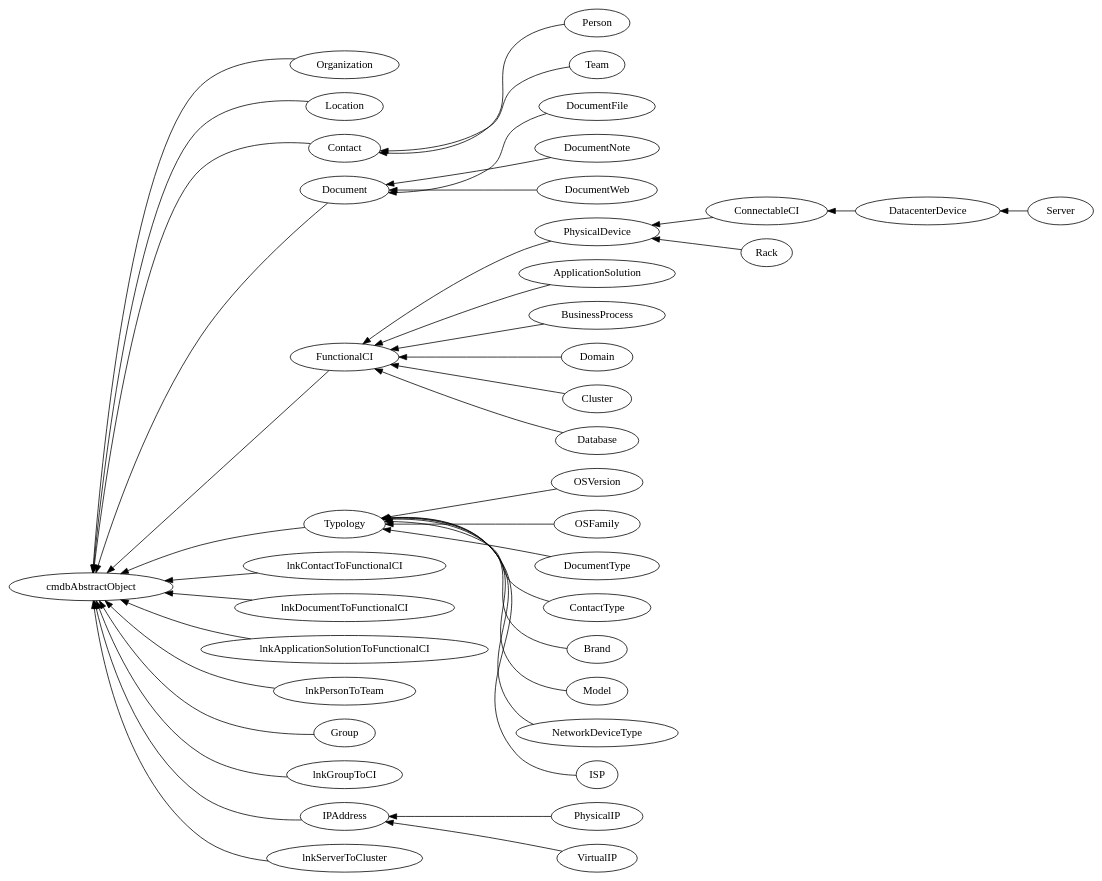
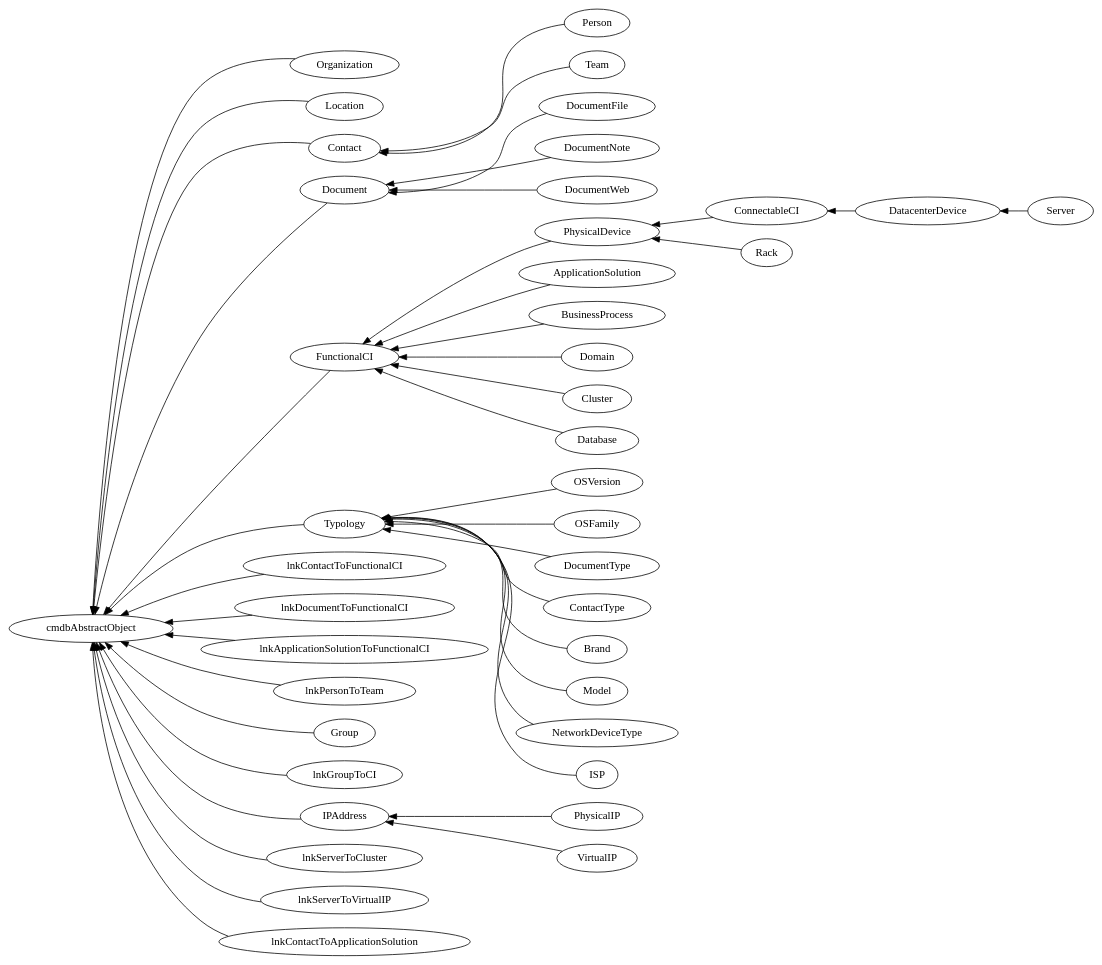
One commit to ops-itop/itop-extensions changed the diagram in itop.dot. Above: the diagram before and after it, drawn with Graphviz. The commit also changed 2 other files, not shown here.

```diff
--- a/itop.dot
+++ b/itop.dot
@@ -1,42 +1,44 @@
 digraph G{
 rankdir=RL
 Organization->cmdbAbstractObject
 Location->cmdbAbstractObject
 Contact->cmdbAbstractObject
 Person->Contact
 Team->Contact
 Document->cmdbAbstractObject
 DocumentFile->Document
 DocumentNote->Document
 DocumentWeb->Document
 FunctionalCI->cmdbAbstractObject
 PhysicalDevice->FunctionalCI
 ConnectableCI->PhysicalDevice
 DatacenterDevice->ConnectableCI
 Server->DatacenterDevice
 ApplicationSolution->FunctionalCI
 BusinessProcess->FunctionalCI
 Typology->cmdbAbstractObject
 OSVersion->Typology
 OSFamily->Typology
 DocumentType->Typology
 ContactType->Typology
 Brand->Typology
 Model->Typology
 NetworkDeviceType->Typology
 lnkContactToFunctionalCI->cmdbAbstractObject
 lnkDocumentToFunctionalCI->cmdbAbstractObject
 lnkApplicationSolutionToFunctionalCI->cmdbAbstractObject
 lnkPersonToTeam->cmdbAbstractObject
 Group->cmdbAbstractObject
 lnkGroupToCI->cmdbAbstractObject
 IPAddress->cmdbAbstractObject
 PhysicalIP->IPAddress
 VirtualIP->IPAddress
 Domain->FunctionalCI
 Cluster->FunctionalCI
 Database->FunctionalCI
 Rack->PhysicalDevice
 ISP->Typology
 lnkServerToCluster->cmdbAbstractObject
+lnkServerToVirtualIP->cmdbAbstractObject
+lnkContactToApplicationSolution->cmdbAbstractObject
 }
```
